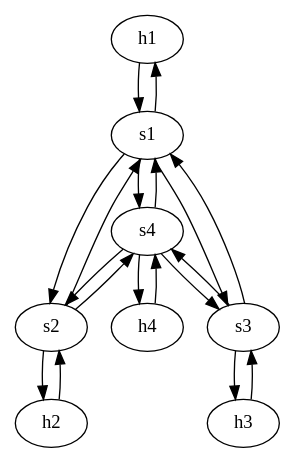
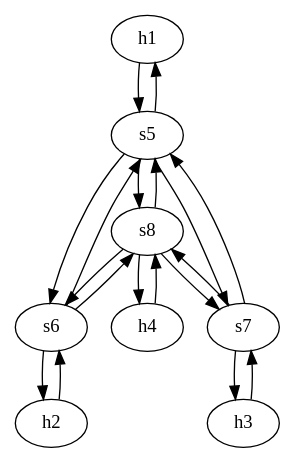
Before and after one commit to rodrigosoares/havox: the diagram in lib/merlin/topologies/routeflow.dot, drawn with Graphviz. The commit also changed 1 other file, not shown here.

```diff
--- a/lib/merlin/topologies/routeflow.dot
+++ b/lib/merlin/topologies/routeflow.dot
@@ -1,37 +1,37 @@
 digraph g1 {
   h1 [type = host, mac = "00:00:00:00:00:01", ip = "172.31.1.100"];
   h2 [type = host, mac = "00:00:00:00:00:02", ip = "172.31.2.100"];
   h3 [type = host, mac = "00:00:00:00:00:03", ip = "172.31.3.100"];
   h4 [type = host, mac = "00:00:00:00:00:04", ip = "172.31.4.100"];
 
-  s1 [type = switch, ip = "172.31.1.1", id = 1];
-  s2 [type = switch, ip = "172.31.2.1", id = 2];
-  s3 [type = switch, ip = "172.31.3.1", id = 3];
-  s4 [type = switch, ip = "172.31.4.1", id = 4];
+  s5 [type = switch, ip = "172.31.1.1", id = 5];
+  s6 [type = switch, ip = "172.31.2.1", id = 6];
+  s7 [type = switch, ip = "172.31.3.1", id = 7];
+  s8 [type = switch, ip = "172.31.4.1", id = 8];
 
-  s1 -> h1 [src_port = 1, dst_port = 1, cost = 1, capacity = "1Gbps"];
-  h1 -> s1 [src_port = 1, dst_port = 1, cost = 1, capacity = "1Gbps"];
+  s5 -> h1 [src_port = 1, dst_port = 1, cost = 1, capacity = "1Gbps"];
+  h1 -> s5 [src_port = 1, dst_port = 1, cost = 1, capacity = "1Gbps"];
 
-  s2 -> h2 [src_port = 1, dst_port = 1, cost = 1, capacity = "1Gbps"];
-  h2 -> s2 [src_port = 1, dst_port = 1, cost = 1, capacity = "1Gbps"];
+  s6 -> h2 [src_port = 1, dst_port = 1, cost = 1, capacity = "1Gbps"];
+  h2 -> s6 [src_port = 1, dst_port = 1, cost = 1, capacity = "1Gbps"];
 
-  s3 -> h3 [src_port = 1, dst_port = 1, cost = 1, capacity = "1Gbps"];
-  h3 -> s3 [src_port = 1, dst_port = 1, cost = 1, capacity = "1Gbps"];
+  s7 -> h3 [src_port = 1, dst_port = 1, cost = 1, capacity = "1Gbps"];
+  h3 -> s7 [src_port = 1, dst_port = 1, cost = 1, capacity = "1Gbps"];
 
-  s4 -> h4 [src_port = 1, dst_port = 1, cost = 1, capacity = "1Gbps"];
-  h4 -> s4 [src_port = 1, dst_port = 1, cost = 1, capacity = "1Gbps"];
+  s8 -> h4 [src_port = 1, dst_port = 1, cost = 1, capacity = "1Gbps"];
+  h4 -> s8 [src_port = 1, dst_port = 1, cost = 1, capacity = "1Gbps"];
 
-  s1 -> s2 [src_port = 2, dst_port = 2, cost = 1, capacity = "1Gbps"];
-  s1 -> s3 [src_port = 3, dst_port = 3, cost = 1, capacity = "1Gbps"];
-  s1 -> s4 [src_port = 4, dst_port = 4, cost = 1, capacity = "1Gbps"];
+  s5 -> s6 [src_port = 2, dst_port = 2, cost = 1, capacity = "1Gbps"];
+  s5 -> s7 [src_port = 3, dst_port = 3, cost = 1, capacity = "1Gbps"];
+  s5 -> s8 [src_port = 4, dst_port = 4, cost = 1, capacity = "1Gbps"];
 
-  s2 -> s1 [src_port = 2, dst_port = 2, cost = 1, capacity = "1Gbps"];
-  s2 -> s4 [src_port = 3, dst_port = 2, cost = 1, capacity = "1Gbps"];
+  s6 -> s5 [src_port = 2, dst_port = 2, cost = 1, capacity = "1Gbps"];
+  s6 -> s8 [src_port = 3, dst_port = 2, cost = 1, capacity = "1Gbps"];
 
-  s3 -> s1 [src_port = 3, dst_port = 3, cost = 1, capacity = "1Gbps"];
-  s3 -> s4 [src_port = 2, dst_port = 3, cost = 1, capacity = "1Gbps"];
+  s7 -> s5 [src_port = 3, dst_port = 3, cost = 1, capacity = "1Gbps"];
+  s7 -> s8 [src_port = 2, dst_port = 3, cost = 1, capacity = "1Gbps"];
 
-  s4 -> s1 [src_port = 4, dst_port = 4, cost = 1, capacity = "1Gbps"];
-  s4 -> s2 [src_port = 2, dst_port = 3, cost = 1, capacity = "1Gbps"];
-  s4 -> s3 [src_port = 3, dst_port = 2, cost = 1, capacity = "1Gbps"];
+  s8 -> s5 [src_port = 4, dst_port = 4, cost = 1, capacity = "1Gbps"];
+  s8 -> s6 [src_port = 2, dst_port = 3, cost = 1, capacity = "1Gbps"];
+  s8 -> s7 [src_port = 3, dst_port = 2, cost = 1, capacity = "1Gbps"];
 }
```
